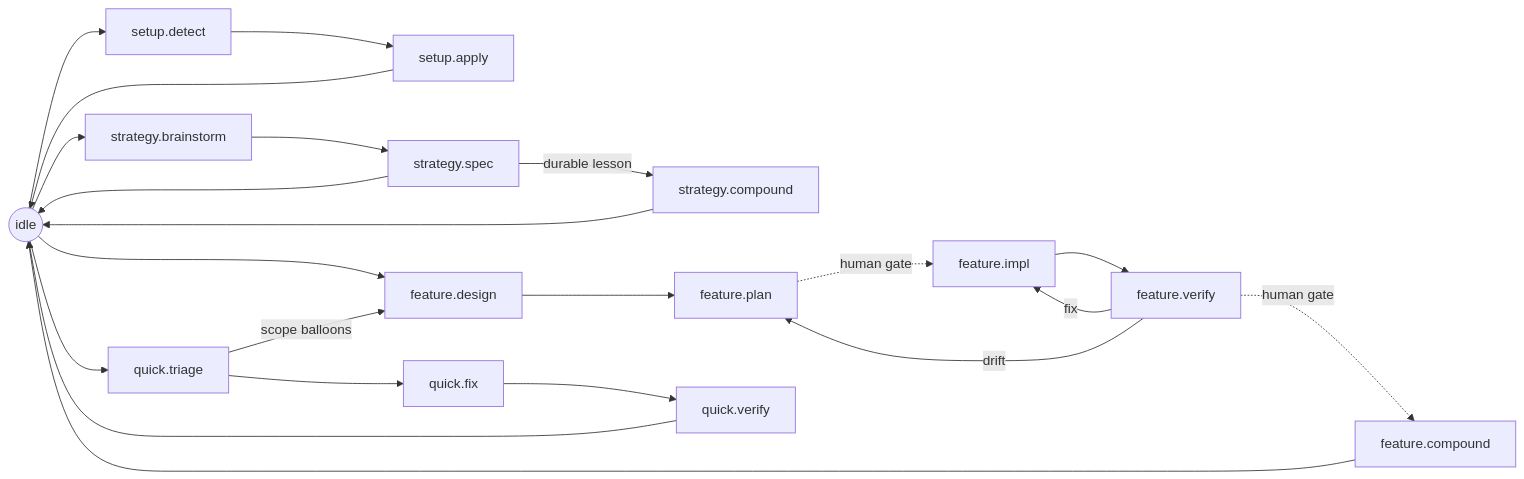
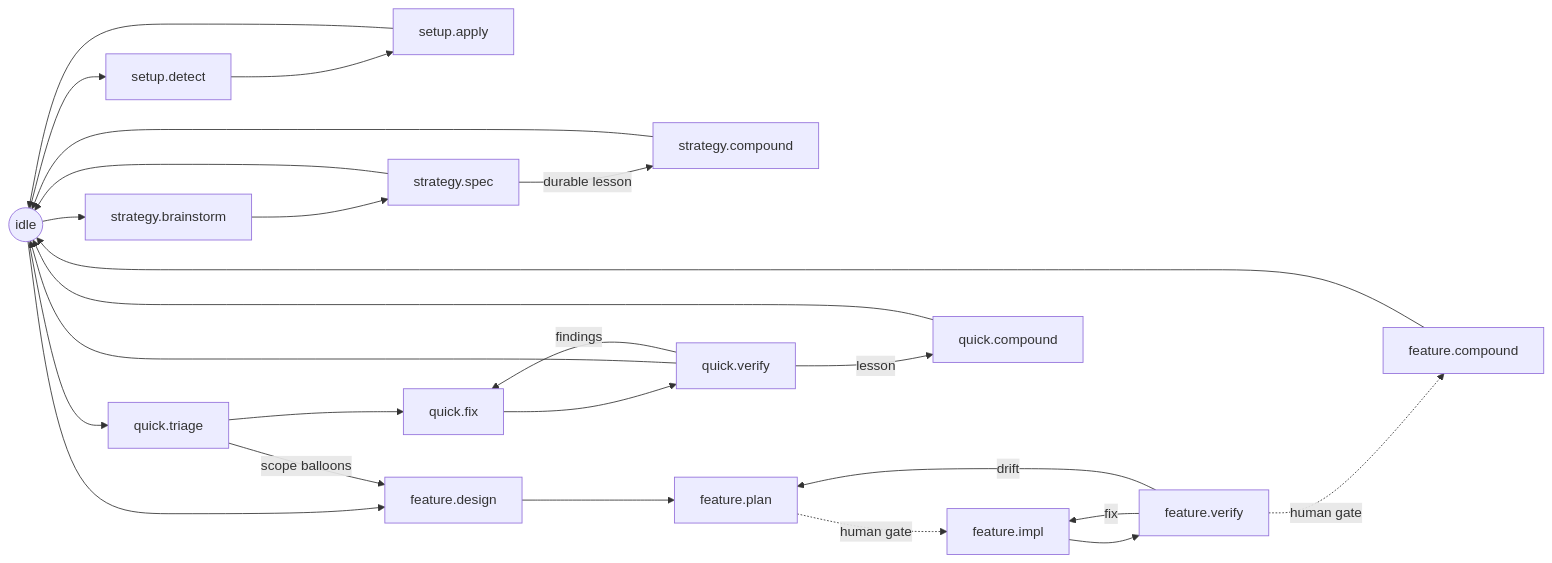
One commit to LennardZuendorf/vibe changed the diagram in .spec/product.md. Above: the diagram before and after it, drawn with Mermaid. The commit also changed other lines of this file and 23 other files, not shown here.

First line of the commit message:
docs(spec): compound flow-mvp, sweep stale claims

````diff
--- a/.spec/product.md
+++ b/.spec/product.md
@@ -141,14 +146,16 @@
 ```mermaid
 flowchart LR
     I((idle)) --> SD[setup.detect] --> SA[setup.apply] --> I
     I --> SB[strategy.brainstorm] --> SS[strategy.spec]
     SS -->|durable lesson| SCo[strategy.compound] --> I
     SS --> I
     I --> FD[feature.design] --> FP[feature.plan]
     FP -. human gate .-> FI[feature.impl] --> FV[feature.verify]
     FV -. human gate .-> FC[feature.compound] --> I
     FV -->|fix| FI
     FV -->|drift| FP
     I --> QT[quick.triage] --> QF[quick.fix] --> QV[quick.verify] --> I
+    QV -->|lesson| QC[quick.compound] --> I
+    QV -->|findings| QF
     QT -->|scope balloons| FD
 ```
````
